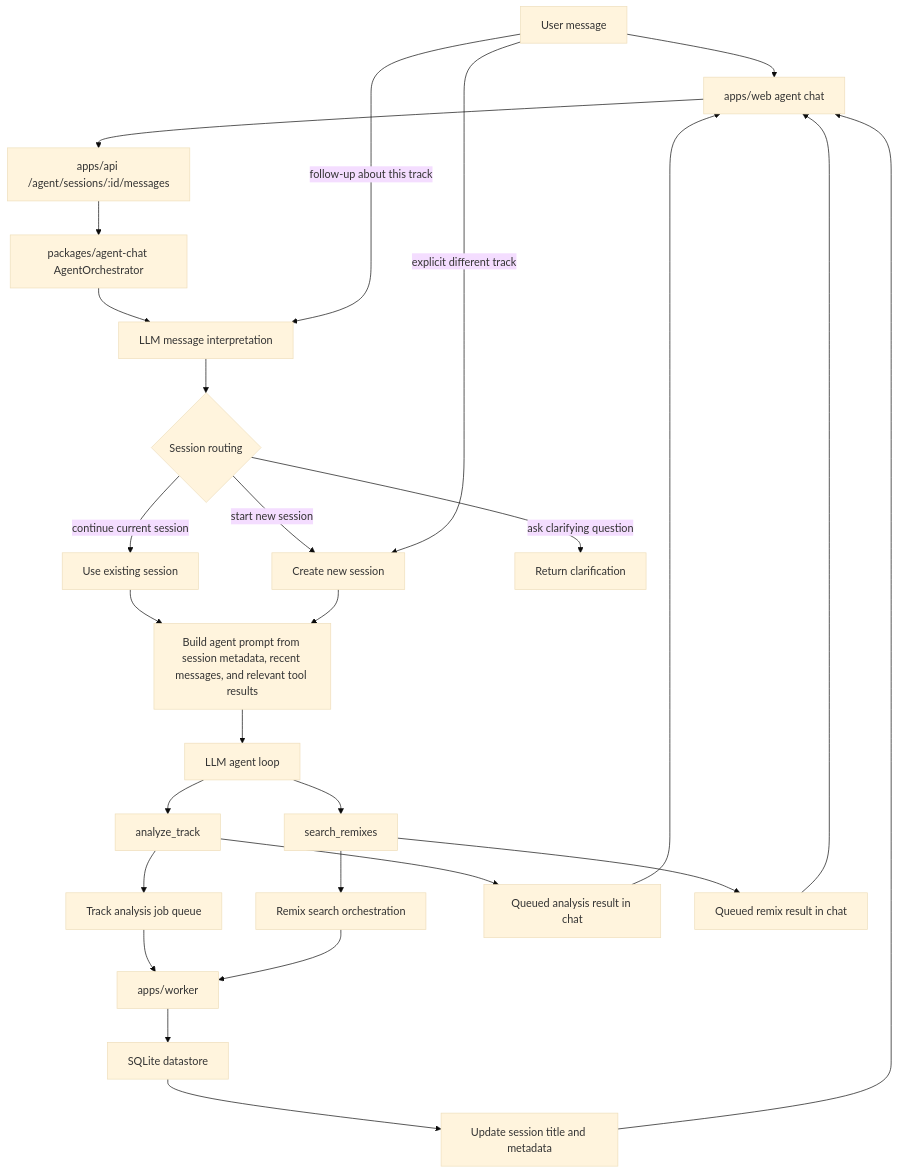
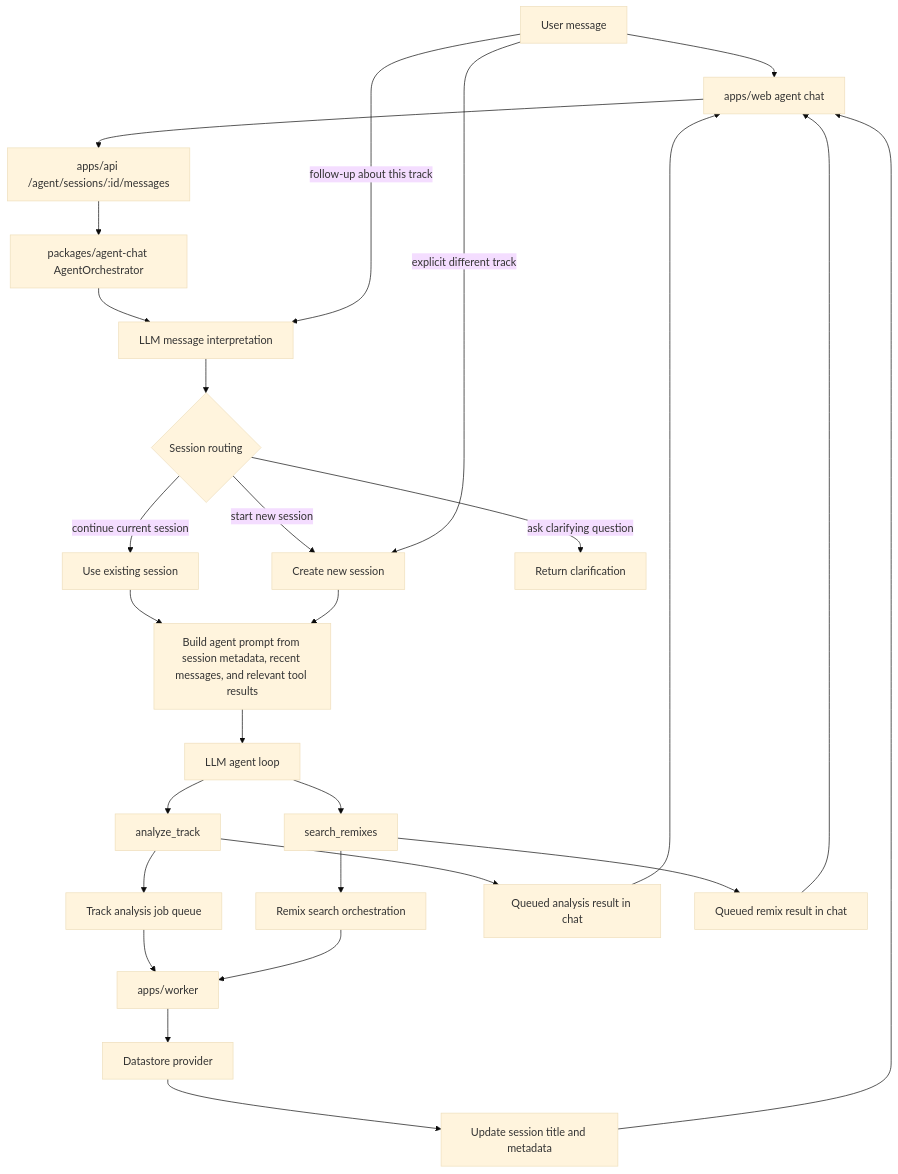
Before and after one commit to itaisinai/track-lab: the diagram in docs/agent-workflow.md, drawn with Mermaid (base theme). The commit also changed 35 other files, not shown here.

````diff
--- a/docs/agent-workflow.md
+++ b/docs/agent-workflow.md
@@ -7,37 +7,37 @@
 ```mermaid
 flowchart TD
   U[User message] --> W[apps/web agent chat]
   W --> A[apps/api /agent/sessions/:id/messages]
   A --> R[packages/agent-chat AgentOrchestrator]
 
   R --> I[LLM message interpretation]
   I --> S{Session routing}
   S -->|continue current session| C[Use existing session]
   S -->|start new session| N[Create new session]
   S -->|ask clarifying question| Q[Return clarification]
 
   C --> P[Build agent prompt from session metadata, recent messages, and relevant tool results]
   N --> P
   P --> L[LLM agent loop]
 
   L --> T1[analyze_track]
   L --> T2[search_remixes]
 
   T1 --> J[Track analysis job queue]
   T2 --> M[Remix search orchestration]
 
   J --> X[apps/worker]
   M --> X
 
-  X --> D[SQLite datastore]
+  X --> D[Datastore provider]
   D --> U1[Update session title and metadata]
   U1 --> W
 
   T1 --> U2[Queued analysis result in chat]
   T2 --> U3[Queued remix result in chat]
   U2 --> W
   U3 --> W
 
   U -->|follow-up about this track| I
   U -->|explicit different track| N
 ```
````
